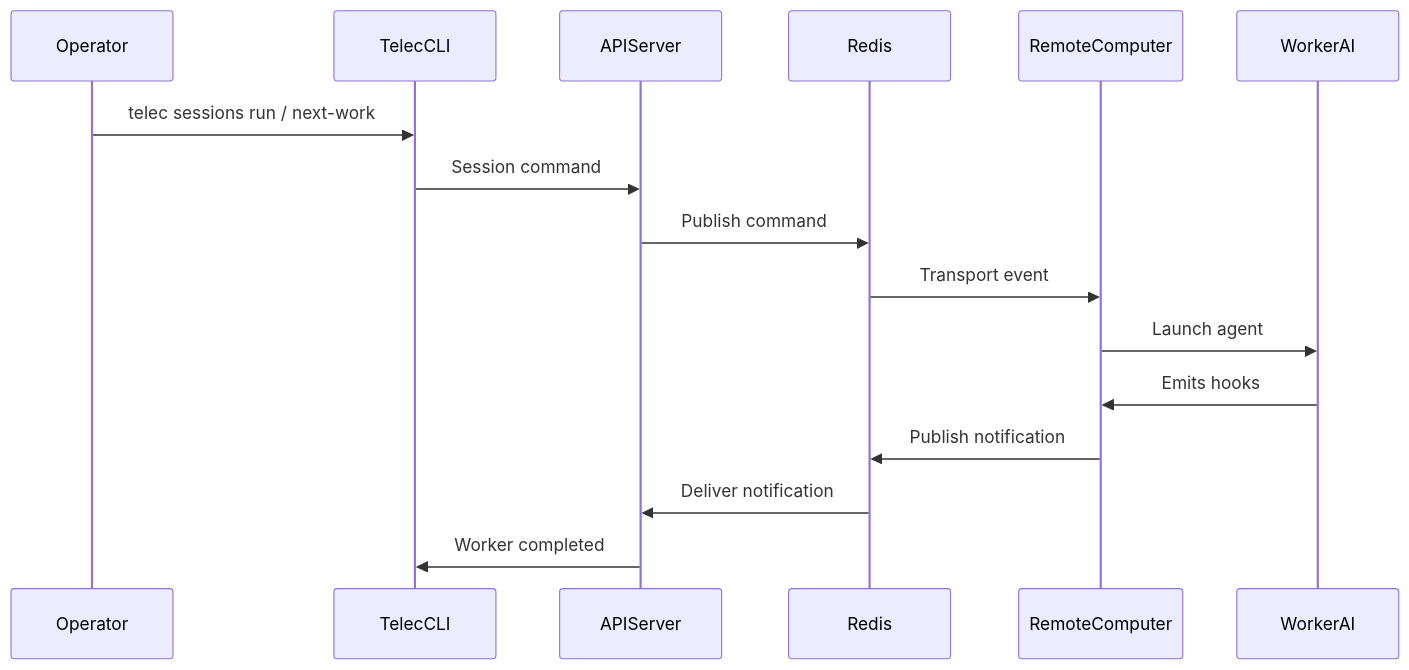
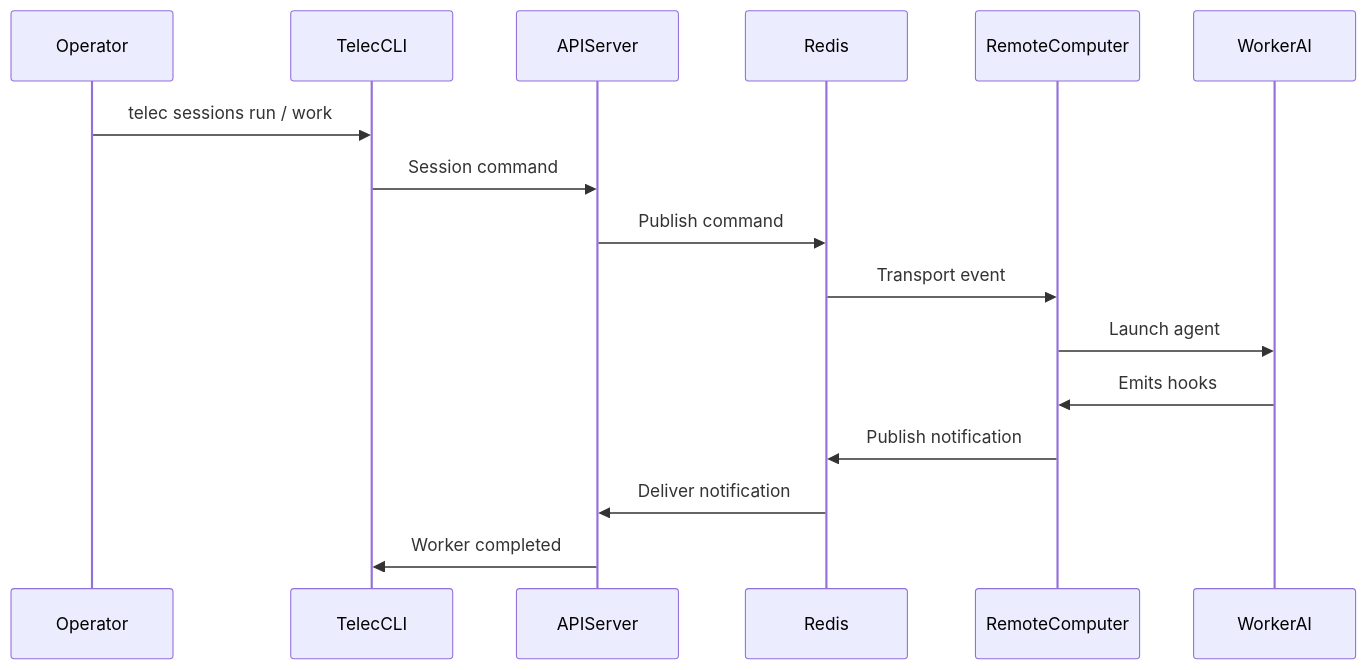
Before and after one commit to InstruktAI/TeleClaude: the fourth of 5 diagrams in docs/project/design/architecture/system-overview.md, drawn with Mermaid. The commit also changed 316 other files, not shown here.

````diff
--- a/docs/project/design/architecture/system-overview.md
+++ b/docs/project/design/architecture/system-overview.md
@@ -164,19 +164,19 @@
 ```mermaid
 sequenceDiagram
     participant Operator
     participant TelecCLI
     participant APIServer
     participant Redis
     participant RemoteComputer
     participant WorkerAI
 
-    Operator->>TelecCLI: telec sessions run / next-work
+    Operator->>TelecCLI: telec sessions run / work
     TelecCLI->>APIServer: Session command
     APIServer->>Redis: Publish command
     Redis->>RemoteComputer: Transport event
     RemoteComputer->>WorkerAI: Launch agent
     WorkerAI->>RemoteComputer: Emits hooks
     RemoteComputer->>Redis: Publish notification
     Redis->>APIServer: Deliver notification
     APIServer->>TelecCLI: Worker completed
 ```
````
